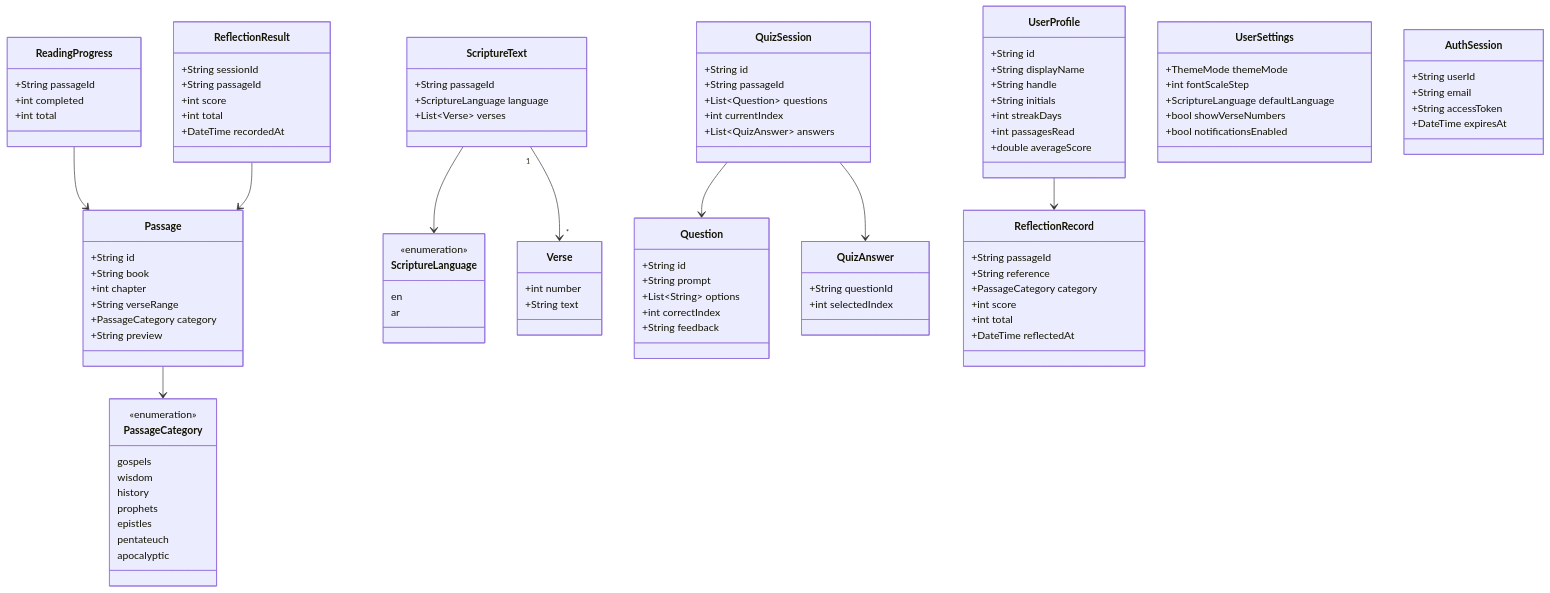
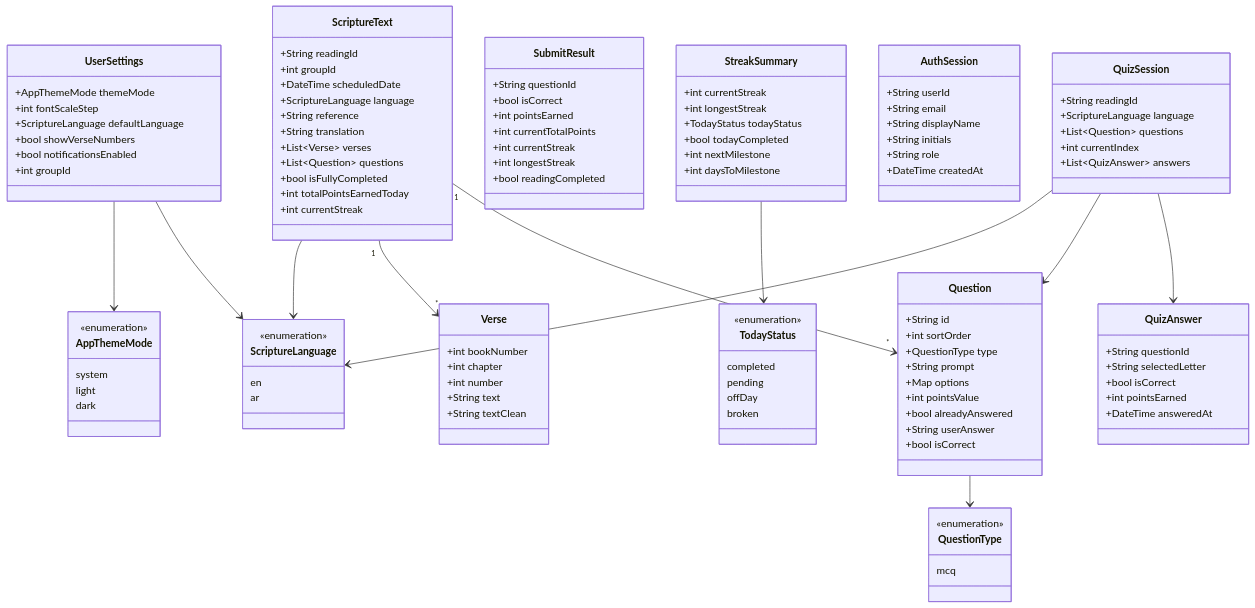
Before and after one commit to fadyphil/evangelion: the diagram in docs/plans/05-domain-model.md, drawn with Mermaid. The commit also changed other lines of this file and 10 other files, not shown here.

````diff
--- a/docs/plans/05-domain-model.md
+++ b/docs/plans/05-domain-model.md
@@ -13,104 +37,114 @@
 ```mermaid
 classDiagram
-    class PassageCategory {
-        <<enumeration>>
-        gospels
-        wisdom
-        history
-        prophets
-        epistles
-        pentateuch
-        apocalyptic
-    }
-    class Passage {
-        +String id
-        +String book
-        +int chapter
-        +String verseRange
-        +PassageCategory category
-        +String preview
-    }
-    class ReadingProgress {
-        +String passageId
-        +int completed
-        +int total
-    }
     class ScriptureLanguage {
         <<enumeration>>
         en
         ar
     }
+    class AppThemeMode {
+        <<enumeration>>
+        system
+        light
+        dark
+    }
+    class QuestionType {
+        <<enumeration>>
+        mcq
+    }
+    class TodayStatus {
+        <<enumeration>>
+        completed
+        pending
+        offDay
+        broken
+    }
+    class ScriptureText {
+        +String readingId
+        +int groupId
+        +DateTime scheduledDate
+        +ScriptureLanguage language
+        +String reference
+        +String translation
+        +List~Verse~ verses
+        +List~Question~ questions
+        +bool isFullyCompleted
+        +int totalPointsEarnedToday
+        +int currentStreak
+    }
     class Verse {
+        +int bookNumber
+        +int chapter
         +int number
         +String text
-    }
-    class ScriptureText {
-        +String passageId
-        +ScriptureLanguage language
-        +List~Verse~ verses
+        +String textClean
     }
     class Question {
         +String id
+        +int sortOrder
+        +QuestionType type
         +String prompt
-        +List~String~ options
-        +int correctIndex
-        +String feedback
+        +Map options
+        +int pointsValue
+        +bool alreadyAnswered
+        +String userAnswer
+        +bool isCorrect
     }
     class QuizSession {
-        +String id
-        +String passageId
+        +String readingId
+        +ScriptureLanguage language
         +List~Question~ questions
         +int currentIndex
         +List~QuizAnswer~ answers
     }
     class QuizAnswer {
         +String questionId
-        +int selectedIndex
+        +String selectedLetter
+        +bool isCorrect
+        +int pointsEarned
+        +DateTime answeredAt
     }
-    class ReflectionResult {
-        +String sessionId
-        +String passageId
-        +int score
-        +int total
-        +DateTime recordedAt
+    class SubmitResult {
+        +String questionId
+        +bool isCorrect
+        +int pointsEarned
+        +int currentTotalPoints
+        +int currentStreak
+        +int longestStreak
+        +bool readingCompleted
     }
-    class UserProfile {
-        +String id
+    class StreakSummary {
+        +int currentStreak
+        +int longestStreak
+        +TodayStatus todayStatus
+        +bool todayCompleted
+        +int nextMilestone
+        +int daysToMilestone
+    }
+    class AuthSession {
+        +String userId
+        +String email
         +String displayName
-        +String handle
         +String initials
-        +int streakDays
-        +int passagesRead
-        +double averageScore
-    }
-    class ReflectionRecord {
-        +String passageId
-        +String reference
-        +PassageCategory category
-        +int score
-        +int total
-        +DateTime reflectedAt
+        +String role
+        +DateTime createdAt
     }
     class UserSettings {
-        +ThemeMode themeMode
+        +AppThemeMode themeMode
         +int fontScaleStep
         +ScriptureLanguage defaultLanguage
         +bool showVerseNumbers
         +bool notificationsEnabled
-    }
-    class AuthSession {
-        +String userId
-        +String email
-        +String accessToken
-        +DateTime expiresAt
+        +int groupId
     }
 
-    Passage --> PassageCategory
-    ReadingProgress --> Passage
     ScriptureText --> ScriptureLanguage
     ScriptureText "1" --> "*" Verse
+    ScriptureText "1" --> "*" Question
+    Question --> QuestionType
+    QuizSession --> ScriptureLanguage
     QuizSession --> Question
     QuizSession --> QuizAnswer
-    ReflectionResult --> Passage
-    UserProfile --> ReflectionRecord
+    StreakSummary --> TodayStatus
+    UserSettings --> AppThemeMode
+    UserSettings --> ScriptureLanguage
 ```
````
